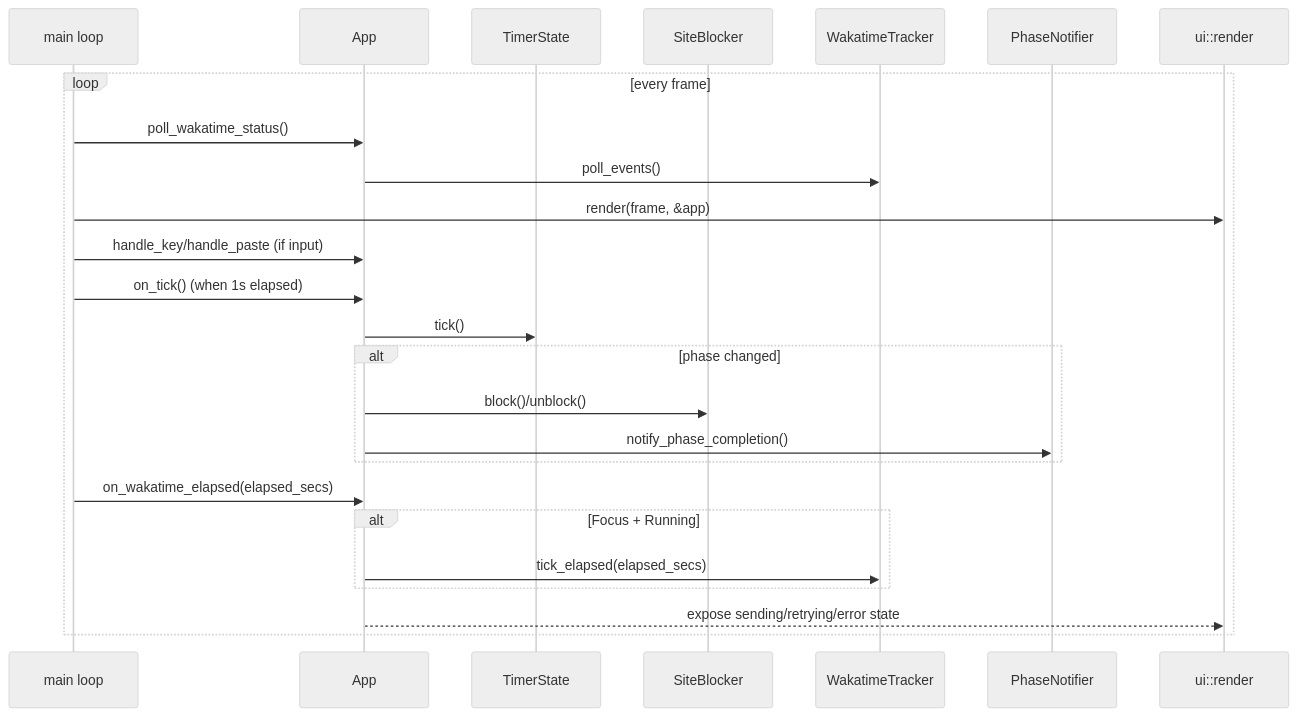
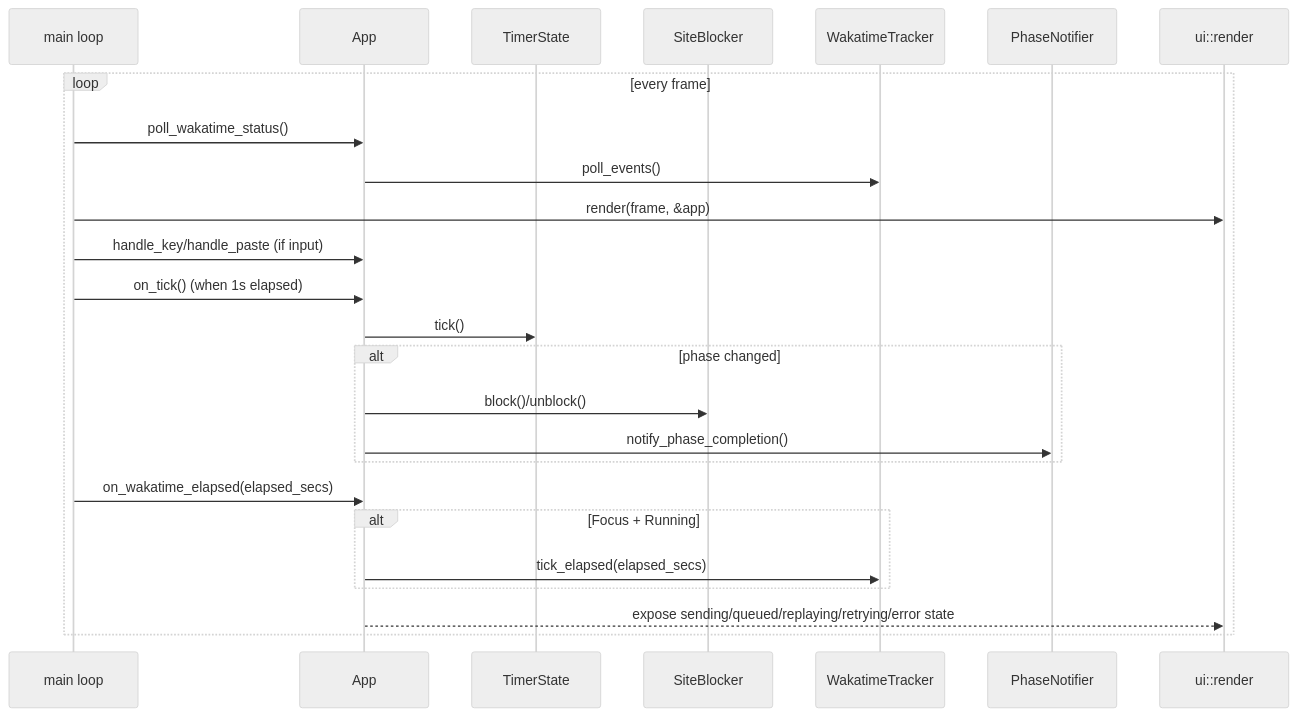
Before and after one commit to utilForever/focustime: the second of 2 diagrams in ARCHITECTURE.md, drawn with Mermaid (neutral theme). The commit also changed other lines of this file and 1 other file, not shown here.

First line of the commit message:
docs: document v0.9.0 feature architecture

````diff
--- a/ARCHITECTURE.md
+++ b/ARCHITECTURE.md
@@ -69,28 +69,28 @@
 ```mermaid
 sequenceDiagram
     participant Main as main loop
     participant App as App
     participant Timer as TimerState
     participant Blocker as SiteBlocker
     participant Waka as WakatimeTracker
     participant Notify as PhaseNotifier
     participant UI as ui::render
 
     loop every frame
         Main->>App: poll_wakatime_status()
         App->>Waka: poll_events()
         Main->>UI: render(frame, &app)
         Main->>App: handle_key/handle_paste (if input)
         Main->>App: on_tick() (when 1s elapsed)
         App->>Timer: tick()
         alt phase changed
             App->>Blocker: block()/unblock()
             App->>Notify: notify_phase_completion()
         end
         Main->>App: on_wakatime_elapsed(elapsed_secs)
         alt Focus + Running
             App->>Waka: tick_elapsed(elapsed_secs)
         end
-        App-->>UI: expose sending/retrying/error state
+        App-->>UI: expose sending/queued/replaying/retrying/error state
     end
 ```
````
